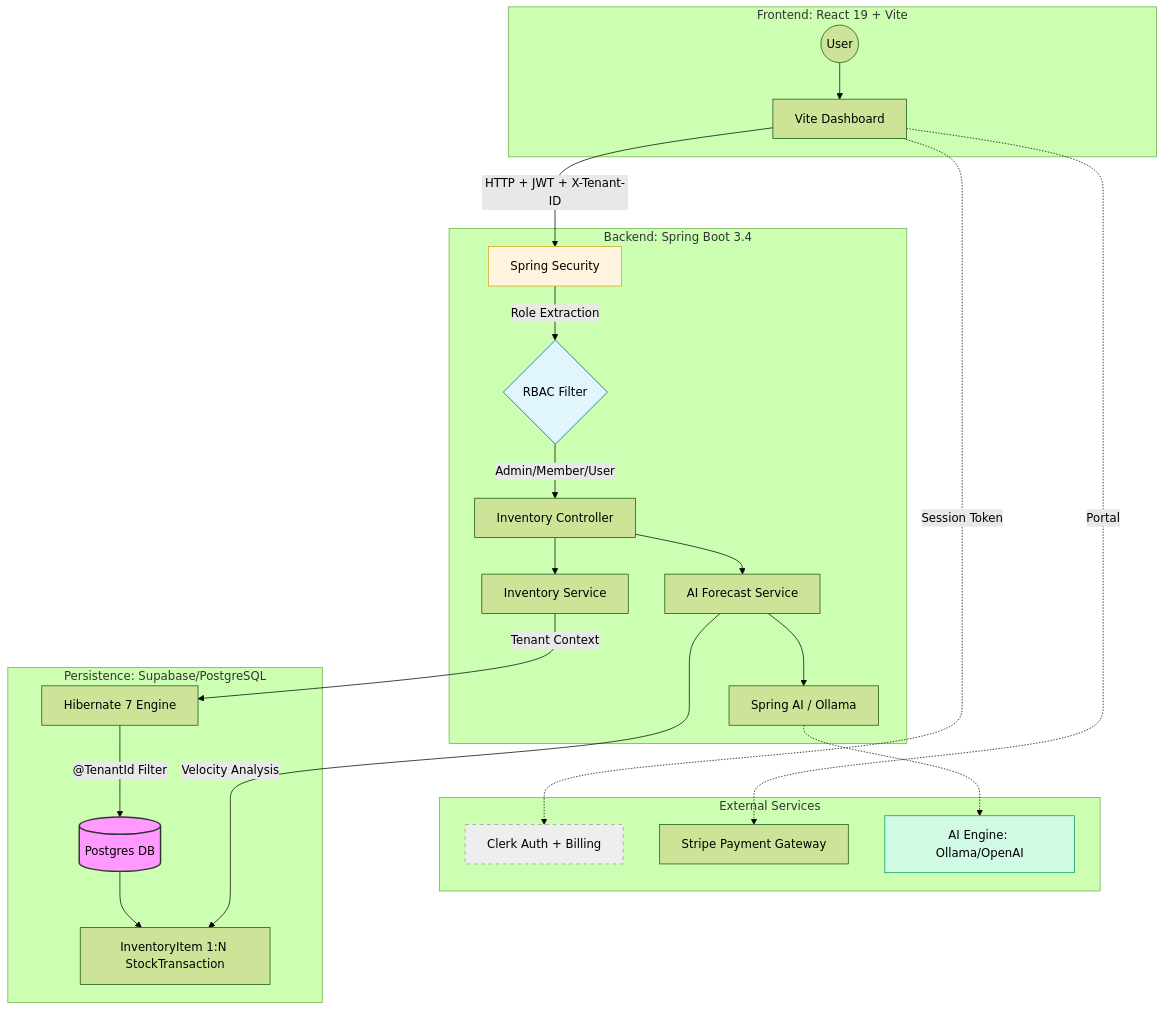
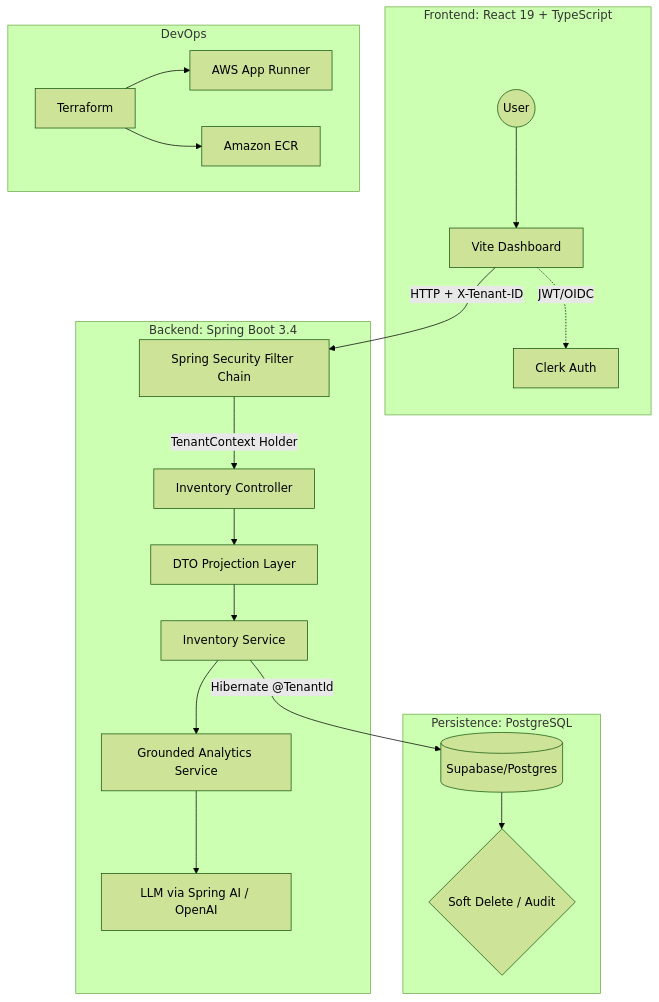
Before and after one commit to SaaammmyyyS/stack-inventory-manager: the diagram in README.md, drawn with Mermaid (forest theme). The commit also changed other lines of this file, not shown here.

````diff
--- a/README.md
+++ b/README.md
@@ -11,37 +12,27 @@
 ```mermaid
 graph TD
-    subgraph External [External Services]
-        Clerk[Clerk Auth + Billing]
-        Stripe[Stripe Payment Gateway]
-        AI[AI Engine: Ollama/OpenAI]
-    end
-
-    subgraph Client_Layer [Frontend: React 19 + Vite]
+    subgraph Client_Layer [Frontend: React 19 + TypeScript]
         User((User)) --> WebApp[Vite Dashboard]
-        WebApp -.->|Session Token| Clerk
-        WebApp -.->|Portal| Stripe
+        WebApp -.->|JWT/OIDC| Clerk[Clerk Auth]
     end
 
     subgraph API_Layer [Backend: Spring Boot 3.4]
-        WebApp -- "HTTP + JWT + X-Tenant-ID" --> Gateway[Spring Security]
-        Gateway -- "Role Extraction" --> RBAC{RBAC Filter}
-        RBAC -- "Admin/Member/User" --> Controller[Inventory Controller]
-        Controller --> Service[Inventory Service]
-        Controller --> AiSvc[AI Forecast Service]
-        AiSvc --> SpringAI[Spring AI / Ollama]
+        WebApp -- "HTTP + X-Tenant-ID" --> Gateway[Spring Security Filter Chain]
+        Gateway -- "TenantContext Holder" --> Controller[Inventory Controller]
+        Controller --> DTO[DTO Projection Layer]
+        DTO --> Service[Inventory Service]
+        Service --> AiSvc[Grounded Analytics Service]
+        AiSvc --> LLM[LLM via Spring AI / OpenAI]
     end
 
-    subgraph Data_Layer [Persistence: Supabase/PostgreSQL]
-        Service -- "Tenant Context" --> Hibernate[Hibernate 7 Engine]
-        Hibernate -- "@TenantId Filter" --> DB[(Postgres DB)]
-        DB --> Entities[InventoryItem 1:N StockTransaction]
-        AiSvc -- "Velocity Analysis" --> Entities
-        SpringAI -.-> AI
+    subgraph Data_Layer [Persistence: PostgreSQL]
+        Service -- "Hibernate @TenantId" --> DB[(Supabase/Postgres)]
+        DB --> Logic{Soft Delete / Audit}
     end
 
-    style DB fill:#f9f,stroke:#333,stroke-width:2px
-    style Gateway fill:#fff4dd,stroke:#d4a017
-    style RBAC fill:#e1f5fe,stroke:#01579b
-    style Clerk fill:#eee,stroke:#999,stroke-dasharray: 5 5
-    style AI fill:#d1fae5,stroke:#059669
+    subgraph Infrastructure [DevOps]
+        TF[Terraform] --> AppRunner[AWS App Runner]
+        TF --> ECR[Amazon ECR]
+    end
+
 ```
````
